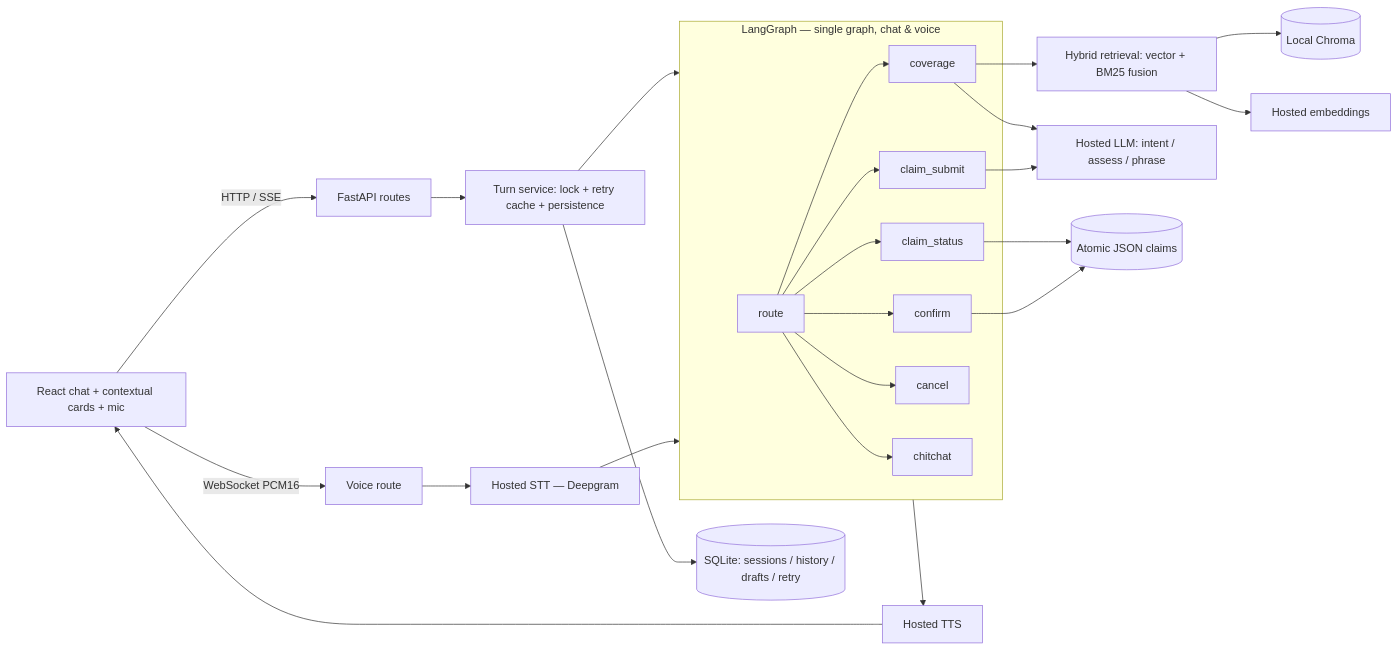
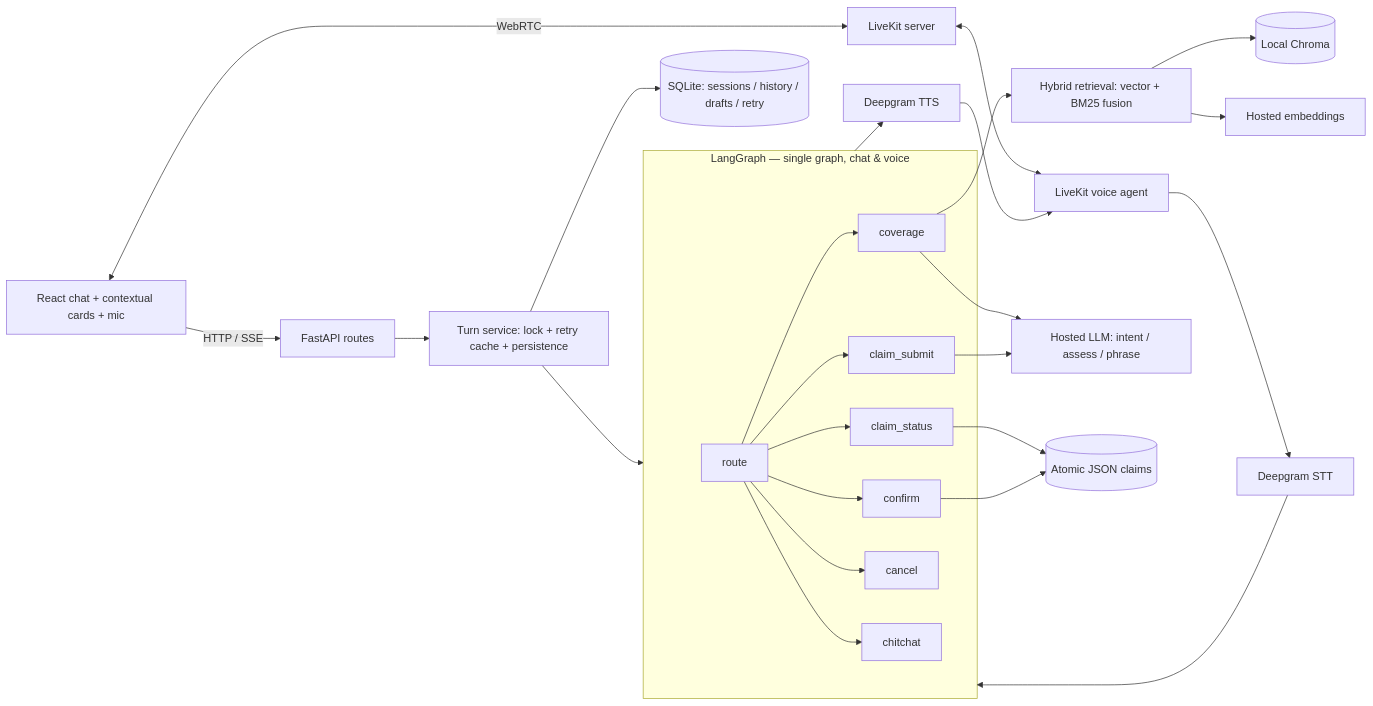
The diagram in README.md (islammansour1/OmniCare), drawn with Mermaid before and after one commit. The commit also changed other lines of this file and 28 other files, not shown here.

````diff
--- a/README.md
+++ b/README.md
@@ -31,25 +29,25 @@
 ```mermaid
 flowchart LR
     UI[React chat + contextual cards + mic] -->|HTTP / SSE| API[FastAPI routes]
-    UI -->|WebSocket PCM16| WS[Voice route]
+    UI <-->|WebRTC| LK[LiveKit server] <--> VA[LiveKit voice agent]
     API --> SVC[Turn service: lock + retry cache + persistence]
     SVC --> AG[LangGraph workflow]
-    WS --> STT[Hosted STT — Deepgram] --> AG
-    AG --> TTS[Hosted TTS] --> UI
+    VA --> STT[Deepgram STT] --> AG
+    AG --> TTS[Deepgram TTS] --> VA
     subgraph AG[LangGraph — single graph, chat & voice]
         ROUTE[route] --> COV[coverage]
         ROUTE --> STATUS[claim_status]
         ROUTE --> SUBMIT[claim_submit]
         ROUTE --> CONFIRM[confirm]
         ROUTE --> CANCEL[cancel]
         ROUTE --> CHAT[chitchat]
     end
     COV --> RETR[Hybrid retrieval: vector + BM25 fusion]
     RETR --> CHROMA[(Local Chroma)]
     RETR --> EMB[Hosted embeddings]
     COV --> LM[Hosted LLM: intent / assess / phrase]
     SUBMIT --> LM
     STATUS --> CLAIMS[(Atomic JSON claims)]
     CONFIRM --> CLAIMS
     SVC --> DB[(SQLite: sessions / history / drafts / retry)]
 ```
````
